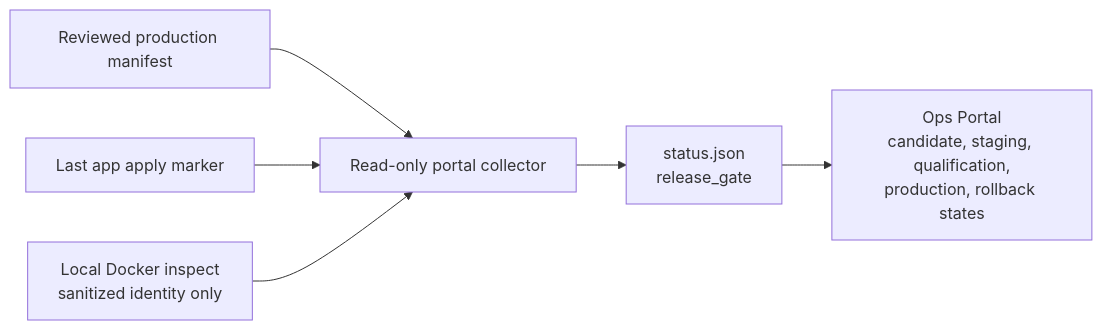
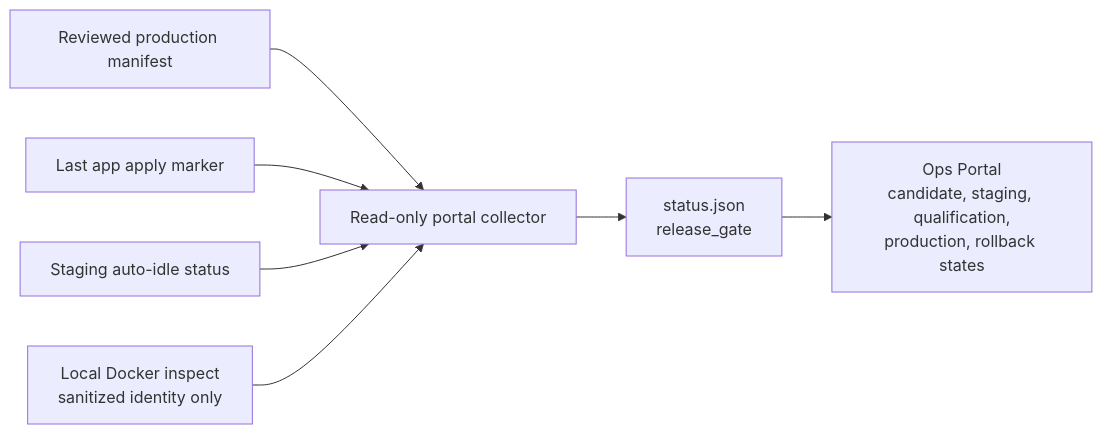
The third of 12 diagrams in NUTSNEWS_OPERATIONS_PORTAL_V1.md (ramideltoro/nutsnews-docs), drawn with Mermaid before and after one commit. The commit also changed other lines of this file and 1 other file, not shown here.

Commit message:
Document staging auto-idle operations

````diff
--- a/NUTSNEWS_OPERATIONS_PORTAL_V1.md
+++ b/NUTSNEWS_OPERATIONS_PORTAL_V1.md
@@ -270,8 +277,9 @@
 ```mermaid
 flowchart LR
   manifest["Reviewed production manifest"] --> collector["Read-only portal collector"]
   marker["Last app apply marker"] --> collector
+  idle["Staging auto-idle status"] --> collector
   docker["Local Docker inspect\nsanitized identity only"] --> collector
   collector --> status["status.json\nrelease_gate"]
   status --> portal["Ops Portal\ncandidate, staging, qualification,\nproduction, rollback states"]
 ```
````
